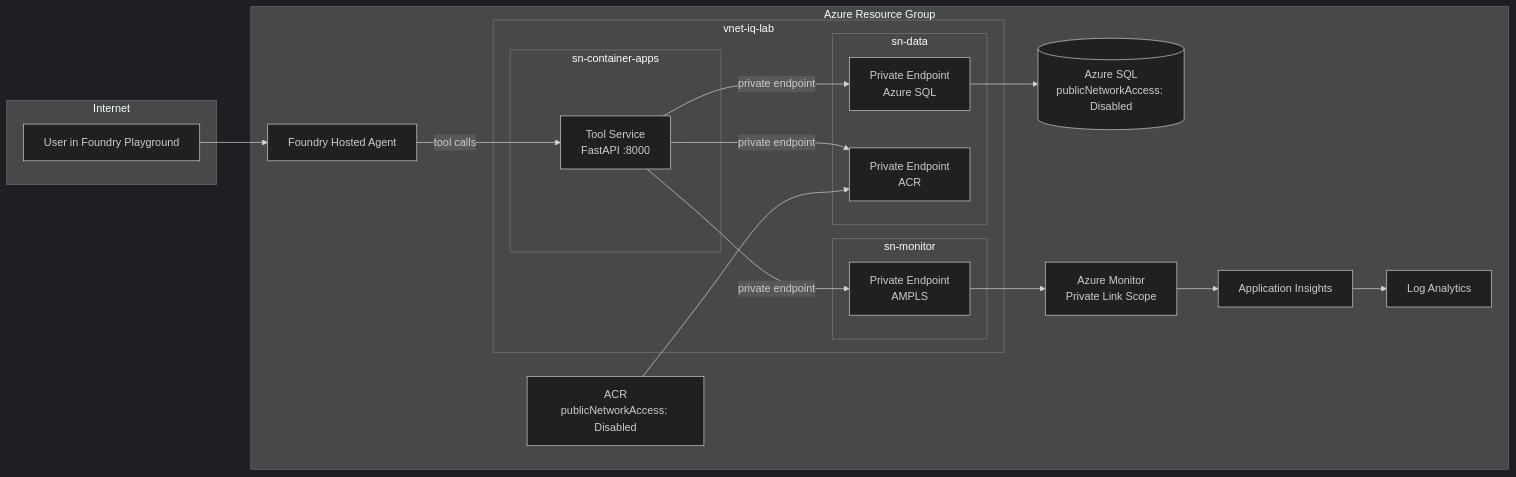
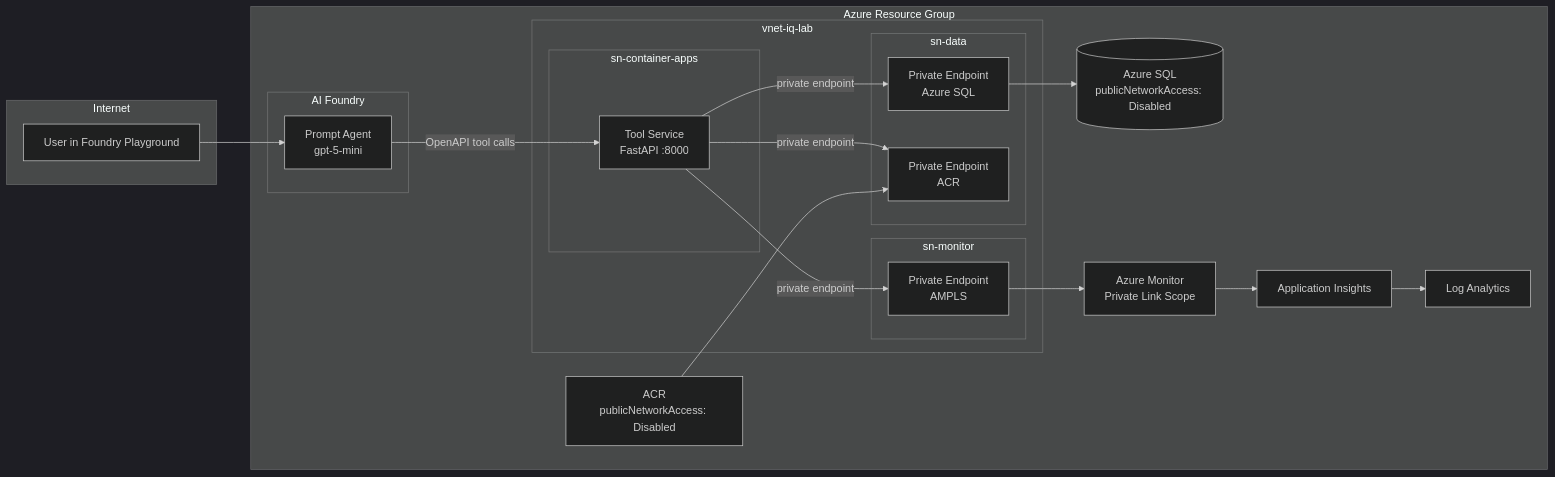
One commit to aionic/IQ-Workshop changed the second of 3 diagrams in docs/architecture.md. Above: the diagram before and after it, drawn with Mermaid (dark theme). The commit also changed other lines of this file and 6 other files, not shown here.

First line of the commit message:
refactor: prompt agent pattern, Python 3.12, Foundry project IaC

````diff
--- a/docs/architecture.md
+++ b/docs/architecture.md
@@ -48,35 +59,37 @@
 ```mermaid
 flowchart LR
   subgraph Internet
     U[User in Foundry Playground]
   end
 
   subgraph Azure["Azure Resource Group"]
-    A[Foundry Hosted Agent]
+    subgraph Foundry["AI Foundry"]
+      PA[Prompt Agent<br/>gpt-5-mini]
+    end
     subgraph VNet["vnet-iq-lab"]
       subgraph sn_app["sn-container-apps"]
         CA[Tool Service<br/>FastAPI :8000]
       end
       subgraph sn_data["sn-data"]
         PE_SQL[Private Endpoint<br/>Azure SQL]
         PE_ACR[Private Endpoint<br/>ACR]
       end
       subgraph sn_mon["sn-monitor"]
         PE_MON[Private Endpoint<br/>AMPLS]
       end
     end
     SQL[(Azure SQL<br/>publicNetworkAccess: Disabled)]
     ACR[ACR<br/>publicNetworkAccess: Disabled]
     AI[Application Insights]
     LA[Log Analytics]
     AMPLS[Azure Monitor<br/>Private Link Scope]
   end
 
-  U --> A
-  A -->|tool calls| CA
+  U --> PA
+  PA -->|OpenAPI tool calls| CA
   CA -->|private endpoint| PE_SQL --> SQL
   CA -->|private endpoint| PE_ACR
   ACR --> PE_ACR
   CA -->|private endpoint| PE_MON --> AMPLS
   AMPLS --> AI --> LA
 ```
````
